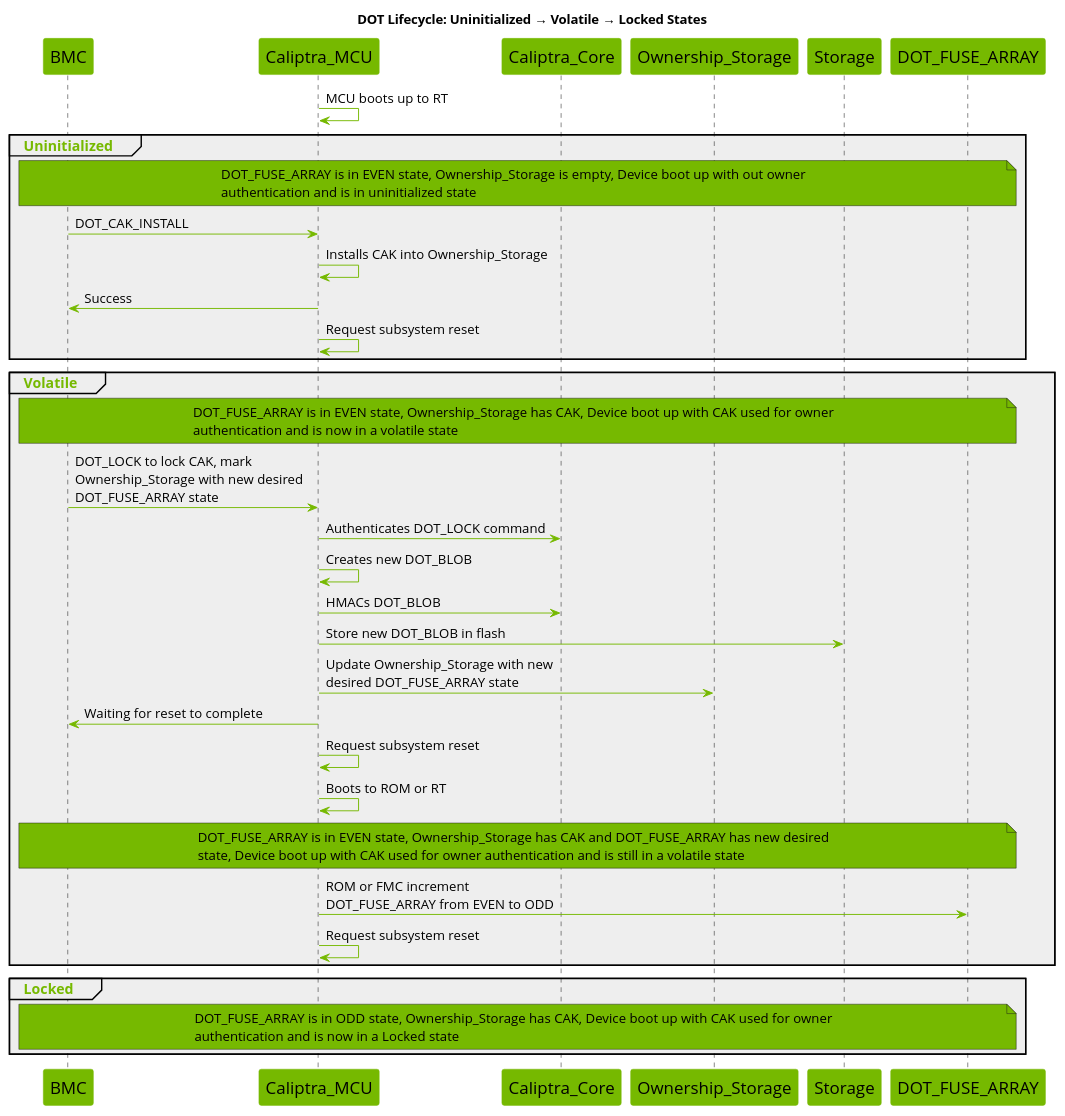
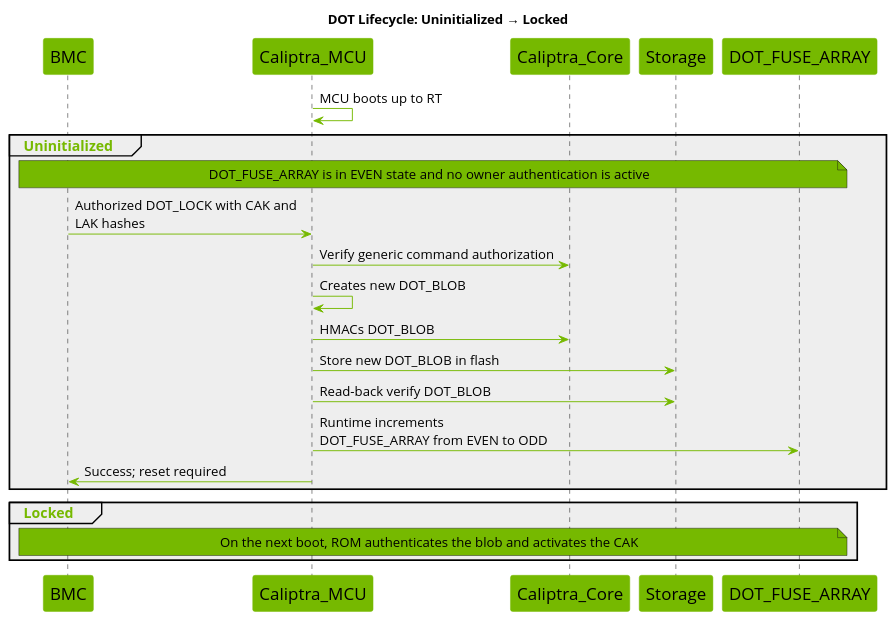
The fifth of 8 diagrams in docs/src/dot.md (chipsalliance/caliptra-mcu-sw), drawn with PlantUML before and after one commit. The commit also changed other lines of this file and 6 other files, not shown here.

Commit message:
docs: document runtime DOT command family

````diff
--- a/docs/src/dot.md
+++ b/docs/src/dot.md
@@ -877,69 +847,56 @@
 ```plantuml
 @startuml
 
-title DOT Lifecycle: Uninitialized → Volatile → Locked States
+title DOT Lifecycle: Uninitialized → Locked
 
 skinparam maxMessageSize 250
 skinparam wrapWidth 700
 skinparam backgroundColor white
 skinparam NoteBackgroundColor #76b900
 skinparam NoteFontSize 14
 skinparam SequenceGroupBodyBackgroundColor #EEEEEE
 skinparam defaultFontName Open Sans
 
 skinparam sequence {
     ArrowColor #76b900
     ActorBorderColor #76b900
     LifeLineBorderColor #000000
     LifeLineBackgroundColor #76b900
     GroupHeaderFontsize 15
     GroupHeaderFontColor #76b900
     GroupFontSize 15
     GroupFontColor #76b900
     ArrowFontSize 15
     ParticipantBorderColor #76b900
     ParticipantBackgroundColor #76b900
     ParticipantFontSize 18
     ParticipantFontColor black
     ArrowFontSize 14
 }
 
 participant BMC
 participant Caliptra_MCU
 participant Caliptra_Core
-participant Ownership_Storage
 participant Storage
 participant DOT_FUSE_ARRAY
 
 Caliptra_MCU -> Caliptra_MCU : MCU boots up to RT
 
 group Uninitialized
-    note across : DOT_FUSE_ARRAY is in EVEN state, Ownership_Storage is empty, Device boot up with out owner authentication and is in uninitialized state
-    BMC -> Caliptra_MCU : DOT_CAK_INSTALL
-    Caliptra_MCU -> Caliptra_MCU : Installs CAK into Ownership_Storage
-    Caliptra_MCU -> BMC : Success
-    Caliptra_MCU -> Caliptra_MCU : Request subsystem reset
-end
-
-group Volatile
-    note across : DOT_FUSE_ARRAY is in EVEN state, Ownership_Storage has CAK, Device boot up with CAK used for owner authentication and is now in a volatile state
-    BMC -> Caliptra_MCU : DOT_LOCK to lock CAK, mark Ownership_Storage with new desired DOT_FUSE_ARRAY state
-    Caliptra_MCU -> Caliptra_Core : Authenticates DOT_LOCK command
+    note across : DOT_FUSE_ARRAY is in EVEN state and no owner authentication is active
+    BMC -> Caliptra_MCU : Authorized DOT_LOCK with CAK and LAK hashes
+    Caliptra_MCU -> Caliptra_Core : Verify generic command authorization
     Caliptra_MCU -> Caliptra_MCU : Creates new DOT_BLOB
     Caliptra_MCU -> Caliptra_Core : HMACs DOT_BLOB
     Caliptra_MCU -> Storage : Store new DOT_BLOB in flash
-    Caliptra_MCU -> Ownership_Storage : Update Ownership_Storage with new desired DOT_FUSE_ARRAY state
-    Caliptra_MCU -> BMC : Waiting for reset to complete
-    Caliptra_MCU -> Caliptra_MCU : Request subsystem reset
-    Caliptra_MCU -> Caliptra_MCU : Boots to ROM or RT
-    note across : DOT_FUSE_ARRAY is in EVEN state, Ownership_Storage has CAK and DOT_FUSE_ARRAY has new desired state, Device boot up with CAK used for owner authentication and is still in a volatile state
-    Caliptra_MCU -> DOT_FUSE_ARRAY : ROM or FMC increment DOT_FUSE_ARRAY from EVEN to ODD
-    Caliptra_MCU -> Caliptra_MCU : Request subsystem reset
+    Caliptra_MCU -> Storage : Read-back verify DOT_BLOB
+    Caliptra_MCU -> DOT_FUSE_ARRAY : Runtime increments DOT_FUSE_ARRAY from EVEN to ODD
+    Caliptra_MCU -> BMC : Success; reset required
 end
 
 group Locked
-    note across : DOT_FUSE_ARRAY is in ODD state, Ownership_Storage has CAK, Device boot up with CAK used for owner authentication and is now in a Locked state
+    note across : On the next boot, ROM authenticates the blob and activates the CAK
 end
 
 @enduml
 ```
````
